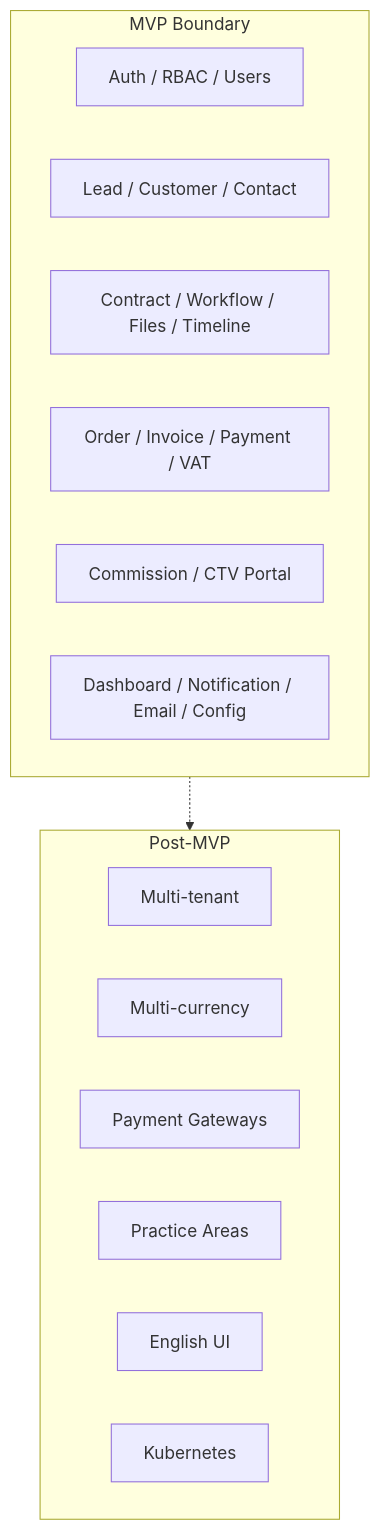
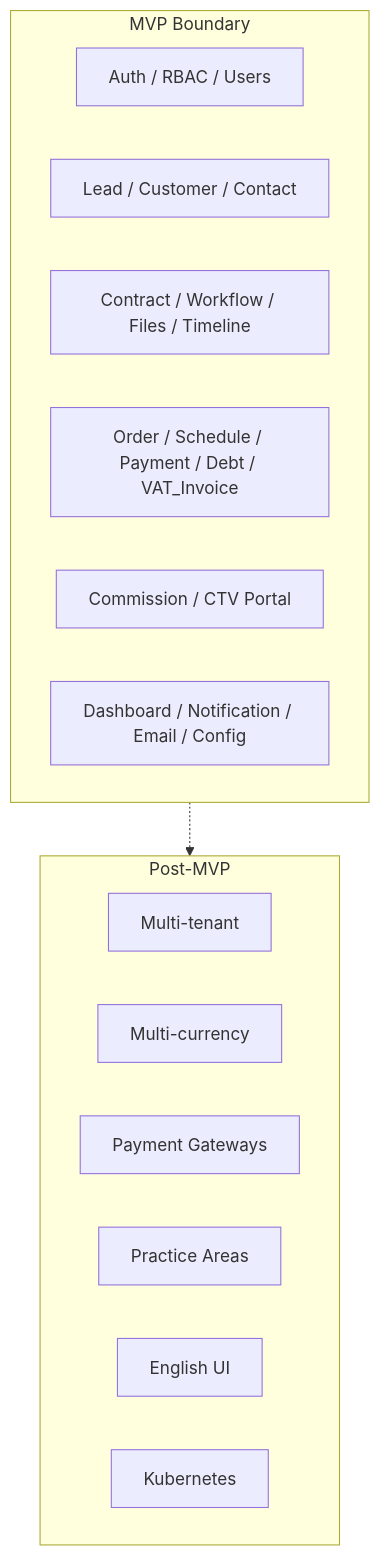
One commit to PNCTriet/DYN_CRM_BACKEND changed the diagram in docs/00-project/Scope.md. Above: the diagram before and after it, drawn with Mermaid. The commit also changed other lines of this file and 28 other files, not shown here.

````diff
--- a/docs/00-project/Scope.md
+++ b/docs/00-project/Scope.md
@@ -141,22 +155,22 @@
 ```mermaid
 flowchart TB
   subgraph MVP[MVP Boundary]
     Core[Auth / RBAC / Users]
     CRM[Lead / Customer / Contact]
     Legal[Contract / Workflow / Files / Timeline]
-    Fin[Order / Invoice / Payment / VAT]
+    Fin[Order / Schedule / Payment / Debt / VAT_Invoice]
     Comm[Commission / CTV Portal]
     Sys[Dashboard / Notification / Email / Config]
   end
 
   subgraph Later[Post-MVP]
     MT[Multi-tenant]
     MC[Multi-currency]
     GW[Payment Gateways]
     PA[Practice Areas]
     EN[English UI]
     K8s[Kubernetes]
   end
 
   MVP -.-> Later
 ```
````
